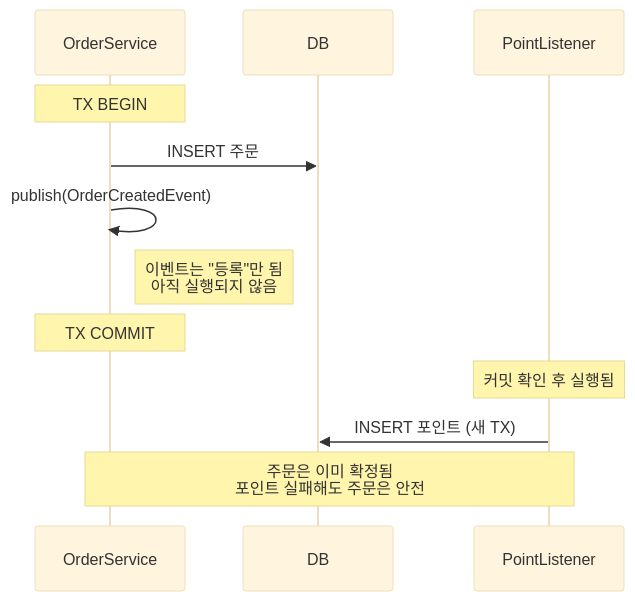
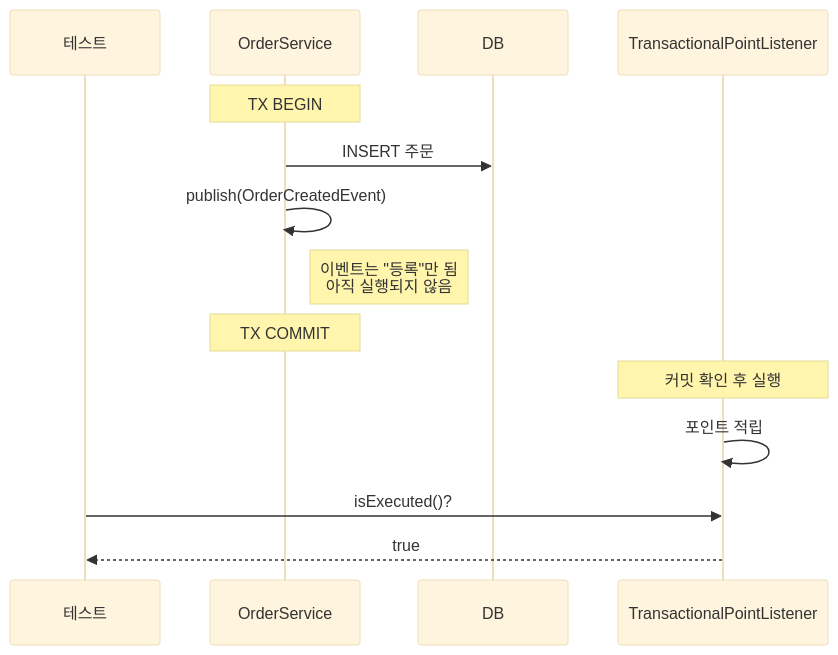
The second of 8 diagrams in src/test/java/com/example/messaging/step2_transactional_event/README.md (katiekim17/messaging-lab), drawn with Mermaid (base theme) before and after one commit. The commit also changed other lines of this file and 6 other files, not shown here.

````diff
--- a/src/test/java/com/example/messaging/step2_transactional_event/README.md
+++ b/src/test/java/com/example/messaging/step2_transactional_event/README.md
@@ -40,19 +49,20 @@
 ```mermaid
 sequenceDiagram
-    participant OrderService
-    participant DB
-    participant PointListener
+    participant Test as 테스트
+    participant OS as OrderService
+    participant DB as DB
+    participant PL as TransactionalPointListener
 
-    Note over OrderService: TX BEGIN
+    Note over OS: TX BEGIN
+    OS->>DB: INSERT 주문
+    OS->>OS: publish(OrderCreatedEvent)
+    Note right of OS: 이벤트는 "등록"만 됨<br/>아직 실행되지 않음
 
-    OrderService->>DB: INSERT 주문
-    OrderService->>OrderService: publish(OrderCreatedEvent)
-    Note right of OrderService: 이벤트는 "등록"만 됨<br/>아직 실행되지 않음
+    Note over OS: TX COMMIT
 
-    Note over OrderService: TX COMMIT
+    Note over PL: 커밋 확인 후 실행
+    PL->>PL: 포인트 적립
 
-    Note over PointListener: 커밋 확인 후 실행됨
-    PointListener->>DB: INSERT 포인트 (새 TX)
-
-    Note over OrderService,PointListener: 주문은 이미 확정됨<br/>포인트 실패해도 주문은 안전
+    Test->>PL: isExecuted()?
+    PL-->>Test: true
 ```
````
